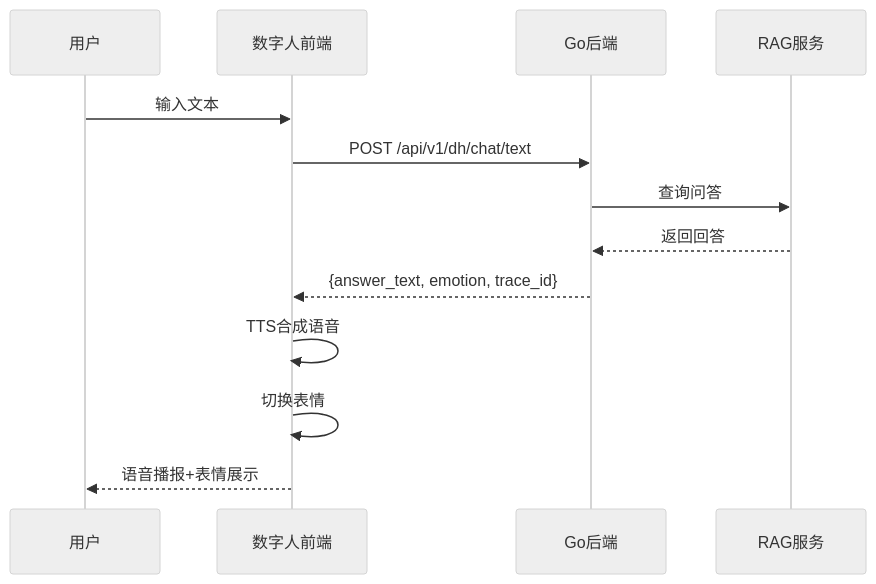
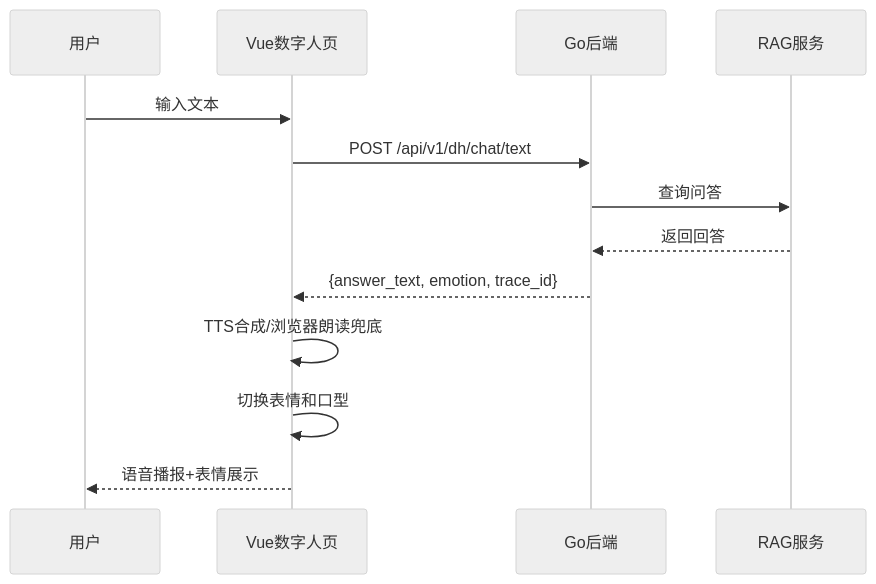
Before and after one commit to 4evour/Scenic_spot_guide_system: the second of 3 diagrams in docs/digital-human-integration.md, drawn with Mermaid (neutral theme). The commit also changed other lines of this file and 6 other files, not shown here.

````diff
--- a/docs/digital-human-integration.md
+++ b/docs/digital-human-integration.md
@@ -175,16 +176,16 @@
 ```mermaid
 sequenceDiagram
     participant U as 用户
-    participant D as 数字人前端
+    participant D as Vue数字人页
     participant G as Go后端
     participant R as RAG服务
 
     U->>D: 输入文本
     D->>G: POST /api/v1/dh/chat/text
     G->>R: 查询问答
     R-->>G: 返回回答
     G-->>D: {answer_text, emotion, trace_id}
-    D->>D: TTS合成语音
-    D->>D: 切换表情
+    D->>D: TTS合成/浏览器朗读兜底
+    D->>D: 切换表情和口型
     D-->>U: 语音播报+表情展示
 ```
````
